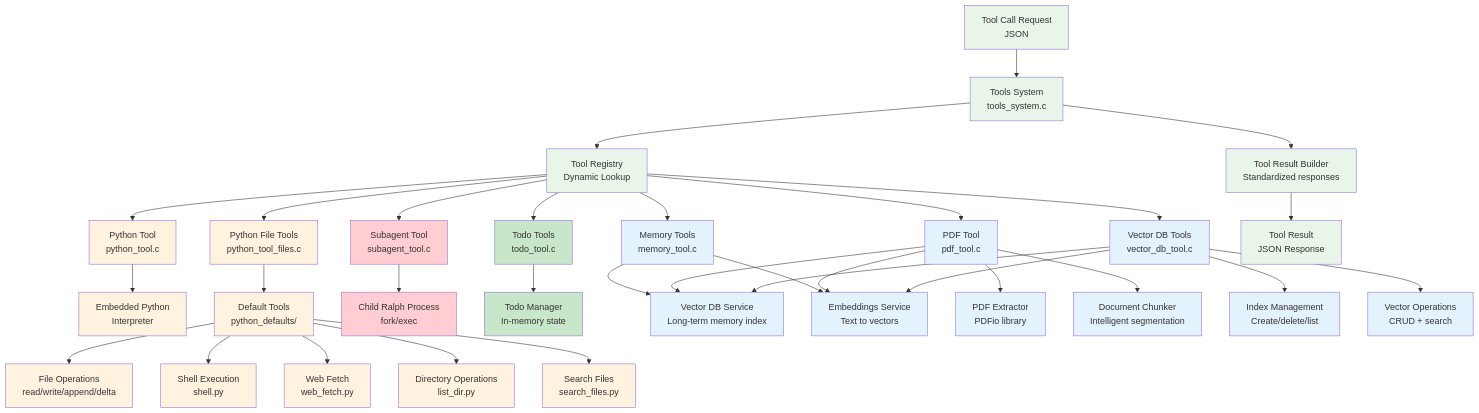
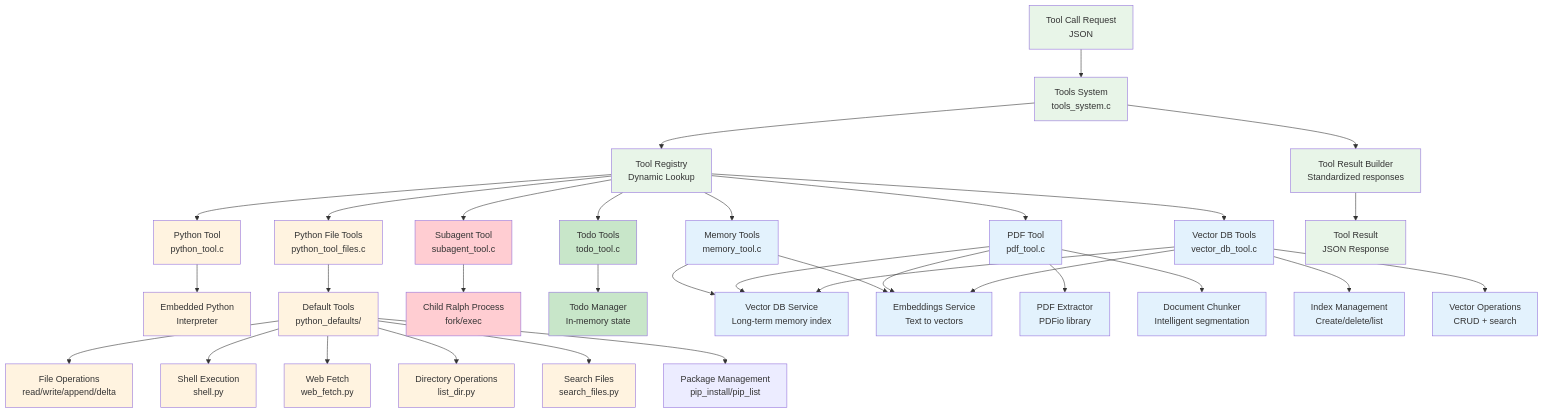
The seventh of 16 diagrams in ARCHITECTURE.md (tgittos/scaffold), drawn with Mermaid before and after one commit. The commit also changed other lines of this file and 12 other files, not shown here.

First line of the commit message:
Add pip_install and pip_list tools for pure-Python package management

````diff
--- a/ARCHITECTURE.md
+++ b/ARCHITECTURE.md
@@ -337,54 +337,55 @@
 ```mermaid
 graph TB
     ToolCall[Tool Call Request<br/>JSON] --> ToolSystem[Tools System<br/>tools_system.c]
     ToolSystem --> ToolRegistry[Tool Registry<br/>Dynamic Lookup]
 
     ToolRegistry --> PythonTool[Python Tool<br/>python_tool.c]
     ToolRegistry --> MemoryTools[Memory Tools<br/>memory_tool.c]
     ToolRegistry --> PDFTools[PDF Tool<br/>pdf_tool.c]
     ToolRegistry --> VectorDBTools[Vector DB Tools<br/>vector_db_tool.c]
     ToolRegistry --> SubagentTool[Subagent Tool<br/>subagent_tool.c]
     ToolRegistry --> PythonFileTools[Python File Tools<br/>python_tool_files.c]
     ToolRegistry --> TodoTools[Todo Tools<br/>todo_tool.c]
 
     PythonTool --> PythonInterpreter[Embedded Python<br/>Interpreter]
 
     PythonFileTools --> DefaultTools[Default Tools<br/>python_defaults/]
     DefaultTools --> FileOps[File Operations<br/>read/write/append/delta]
     DefaultTools --> ShellOp[Shell Execution<br/>shell.py]
     DefaultTools --> WebFetch[Web Fetch<br/>web_fetch.py]
     DefaultTools --> DirOps[Directory Operations<br/>list_dir.py]
     DefaultTools --> SearchOp[Search Files<br/>search_files.py]
+    DefaultTools --> PipTools[Package Management<br/>pip_install/pip_list]
 
     SubagentTool --> ChildProcess[Child Ralph Process<br/>fork/exec]
 
     TodoTools --> TodoMgr[Todo Manager<br/>In-memory state]
 
     MemoryTools --> VectorDBSvc[Vector DB Service<br/>Long-term memory index]
     MemoryTools --> EmbeddingsSvc[Embeddings Service<br/>Text to vectors]
 
     PDFTools --> PDFExtractor[PDF Extractor<br/>PDFio library]
     PDFTools --> DocumentChunker[Document Chunker<br/>Intelligent segmentation]
     PDFTools --> VectorDBSvc
     PDFTools --> EmbeddingsSvc
 
     VectorDBTools --> VectorDBSvc
     VectorDBTools --> EmbeddingsSvc
     VectorDBTools --> IndexMgmt[Index Management<br/>Create/delete/list]
     VectorDBTools --> VectorOps[Vector Operations<br/>CRUD + search]
 
     ToolSystem --> ToolResultBuilder[Tool Result Builder<br/>Standardized responses]
     ToolResultBuilder --> ToolResult[Tool Result<br/>JSON Response]
 
     classDef toolCore fill:#e8f5e8
     classDef toolImpl fill:#c8e6c9
     classDef vectorTools fill:#e3f2fd
     classDef pythonTools fill:#fff3e0
     classDef external fill:#ffcdd2
 
     class ToolCall,ToolSystem,ToolRegistry,ToolResult,ToolResultBuilder toolCore
     class TodoTools,TodoMgr toolImpl
     class MemoryTools,PDFTools,VectorDBTools,VectorDBSvc,EmbeddingsSvc,PDFExtractor,DocumentChunker,IndexMgmt,VectorOps vectorTools
     class PythonTool,PythonFileTools,DefaultTools,FileOps,ShellOp,WebFetch,DirOps,SearchOp,PythonInterpreter pythonTools
     class SubagentTool,ChildProcess external
 ```
````
